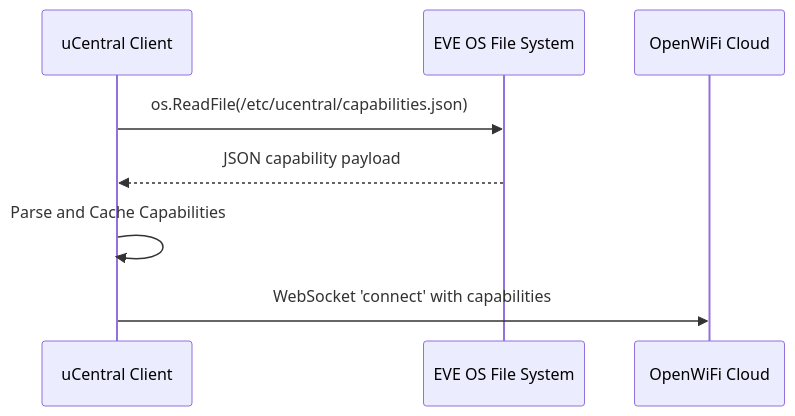
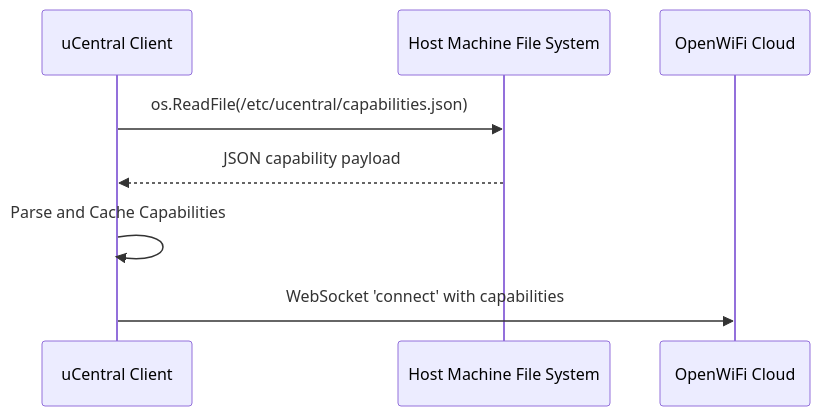
Before and after one commit to vimauryaxx/TIP-olg-ucentral-client: the second of 5 diagrams in HIGH_LEVEL_DESIGN.md, drawn with Mermaid. The commit also changed other lines of this file and 5 other files, not shown here.

````diff
--- a/HIGH_LEVEL_DESIGN.md
+++ b/HIGH_LEVEL_DESIGN.md
@@ -145,11 +145,11 @@
 ```mermaid
 sequenceDiagram
     participant GoClient as uCentral Client
-    participant OS as EVE OS File System
+    participant OS as Host Machine File System
     participant Cloud as OpenWiFi Cloud
 
     GoClient->>OS: os.ReadFile(/etc/ucentral/capabilities.json)
     OS-->>GoClient: JSON capability payload
     GoClient->>GoClient: Parse and Cache Capabilities
     GoClient->>Cloud: WebSocket 'connect' with capabilities
 ```
````
